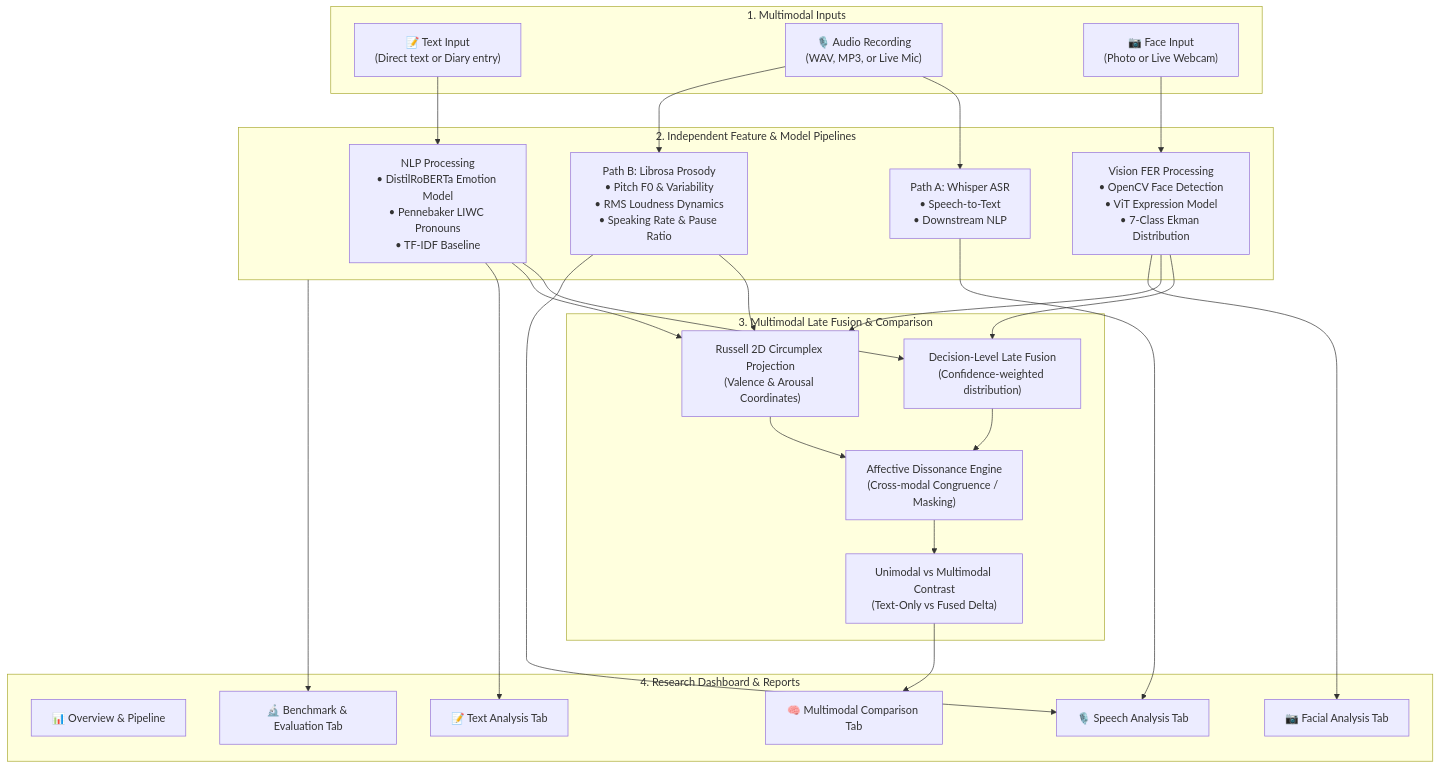
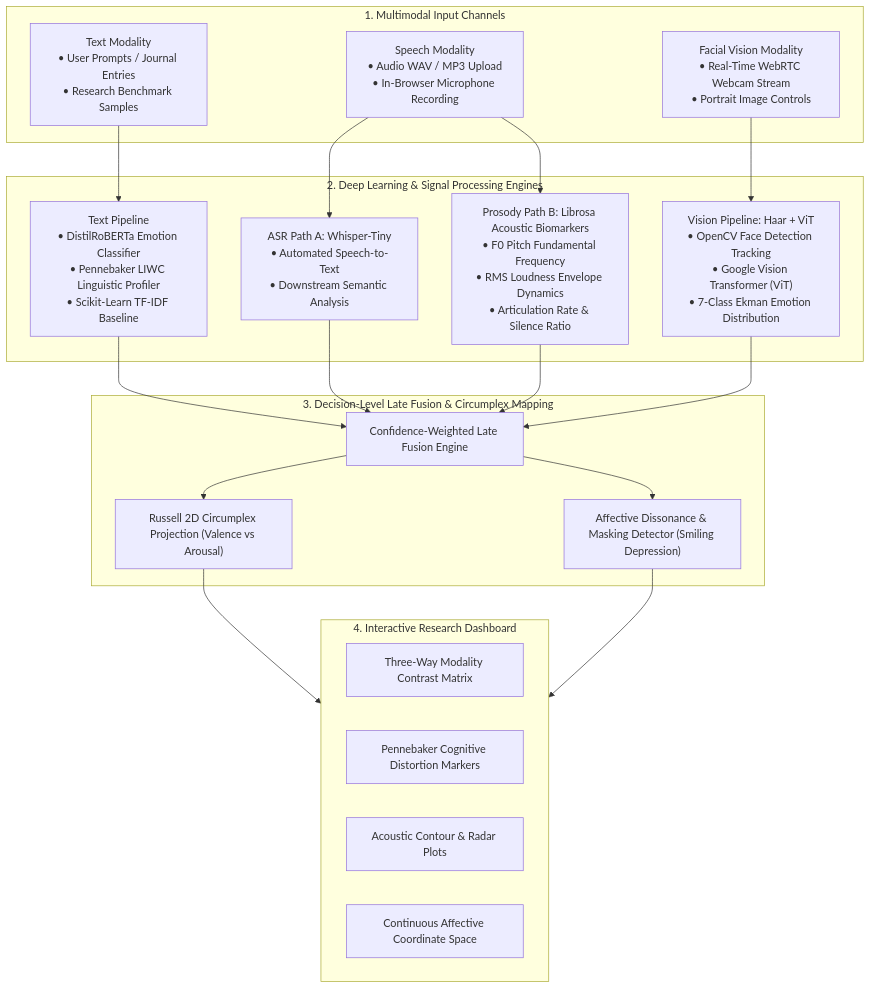
Before and after one commit to TheBilalButt/psychological-state-analysis-multimodal-ai: the diagram in README.md, drawn with Mermaid. The commit also changed other lines of this file and 5 other files, not shown here.

Commit message:
docs: enrich README with live Streamlit app link, UI screenshots, and clean architecture diagram

````diff
--- a/README.md
+++ b/README.md
@@ -36,50 +47,43 @@
 ```mermaid
 flowchart TD
-    subgraph Inputs["1. Multimodal Inputs"]
-        A1["📝 Text Input<br>(Direct text or Diary entry)"]
-        A2["🎙️ Audio Recording<br>(WAV, MP3, or Live Mic)"]
-        A3["📷 Face Input<br>(Photo or Live Webcam)"]
+    subgraph Inputs["1. Multimodal Input Channels"]
+        A1["Text Modality<br>• User Prompts / Journal Entries<br>• Research Benchmark Samples"]
+        A2["Speech Modality<br>• Audio WAV / MP3 Upload<br>• In-Browser Microphone Recording"]
+        A3["Facial Vision Modality<br>• Real-Time WebRTC Webcam Stream<br>• Portrait Image Controls"]
     end
 
-    subgraph Processing["2. Independent Feature & Model Pipelines"]
-        B1["NLP Processing<br>• DistilRoBERTa Emotion Model<br>• Pennebaker LIWC Pronouns<br>• TF-IDF Baseline"]
-        B2A["Path A: Whisper ASR<br>• Speech-to-Text<br>• Downstream NLP"]
-        B2B["Path B: Librosa Prosody<br>• Pitch F0 & Variability<br>• RMS Loudness Dynamics<br>• Speaking Rate & Pause Ratio"]
-        B3["Vision FER Processing<br>• OpenCV Face Detection<br>• ViT Expression Model<br>• 7-Class Ekman Distribution"]
+    subgraph Processing["2. Deep Learning & Signal Processing Engines"]
+        B1["Text Pipeline<br>• DistilRoBERTa Emotion Classifier<br>• Pennebaker LIWC Linguistic Profiler<br>• Scikit-Learn TF-IDF Baseline"]
+        B2A["ASR Path A: Whisper-Tiny<br>• Automated Speech-to-Text<br>• Downstream Semantic Analysis"]
+        B2B["Prosody Path B: Librosa Acoustic Biomarkers<br>• F0 Pitch Fundamental Frequency<br>• RMS Loudness Envelope Dynamics<br>• Articulation Rate & Silence Ratio"]
+        B3["Vision Pipeline: Haar + ViT<br>• OpenCV Face Detection Tracking<br>• Google Vision Transformer (ViT)<br>• 7-Class Ekman Emotion Distribution"]
     end
 
-    subgraph Fusion["3. Multimodal Late Fusion & Comparison"]
-        C1["Decision-Level Late Fusion<br>(Confidence-weighted distribution)"]
-        C2["Russell 2D Circumplex Projection<br>(Valence & Arousal Coordinates)"]
-        C3["Affective Dissonance Engine<br>(Cross-modal Congruence / Masking)"]
-        C4["Unimodal vs Multimodal Contrast<br>(Text-Only vs Fused Delta)"]
+    subgraph Fusion["3. Decision-Level Late Fusion & Circumplex Mapping"]
+        C1["Confidence-Weighted Late Fusion Engine"]
+        C2["Russell 2D Circumplex Projection (Valence vs Arousal)"]
+        C3["Affective Dissonance & Masking Detector (Smiling Depression)"]
     end
 
-    subgraph Outputs["4. Research Dashboard & Reports"]
-        D1["📊 Overview & Pipeline"]
-        D2["📝 Text Analysis Tab"]
-        D3["🎙️ Speech Analysis Tab"]
-        D4["📷 Facial Analysis Tab"]
-        D5["🧠 Multimodal Comparison Tab"]
-        D6["🔬 Benchmark & Evaluation Tab"]
+    subgraph Outputs["4. Interactive Research Dashboard"]
+        D1["Three-Way Modality Contrast Matrix"]
+        D2["Pennebaker Cognitive Distortion Markers"]
+        D3["Acoustic Contour & Radar Plots"]
+        D4["Continuous Affective Coordinate Space"]
     end
 
     A1 --> B1
     A2 --> B2A
     A2 --> B2B
     A3 --> B3
+
     B1 --> C1
-    B1 --> C2
-    B2B --> C2
+    B2A --> C1
+    B2B --> C1
     B3 --> C1
-    B3 --> C2
+
+    C1 --> C2
     C1 --> C3
-    C2 --> C3
-    C3 --> C4
-    C4 --> D5
-    B1 --> D2
-    B2A --> D3
-    B2B --> D3
-    B3 --> D4
-    Processing --> D6
+    C2 --> Outputs
+    C3 --> Outputs
 ```
````
